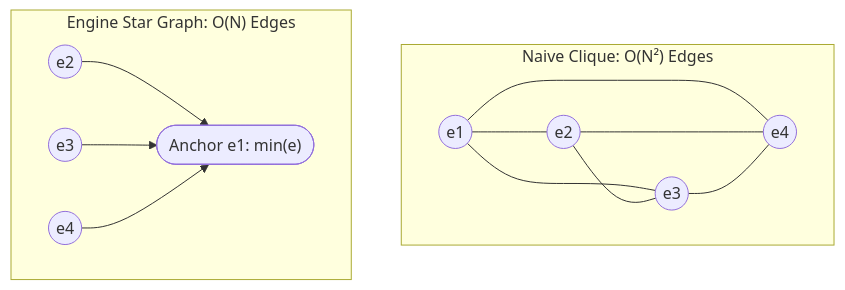
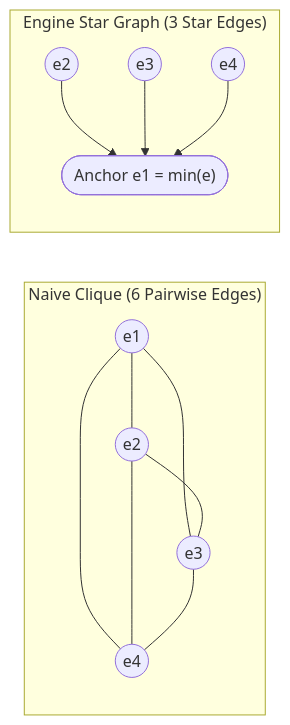
The second of 5 diagrams in docs/algorithm-and-graph-engine.md (anilkulkarni87/sql-identity-oss), drawn with Mermaid before and after one commit. The commit also changed other lines of this file and 8 other files, not shown here.

Commit message:
docs: add GA4 tag, fix math formulas rendering, and correct mermaid diagram syntax

````diff
--- a/docs/algorithm-and-graph-engine.md
+++ b/docs/algorithm-and-graph-engine.md
@@ -81,19 +91,17 @@
 ```mermaid
-flowchart TD
-    subgraph Pairwise["Naive Clique: O(N²) Edges"]
-        direction LR
-        P1((e1)) --- P2((e2))
-        P1 --- P3((e3))
-        P1 --- P4((e4))
+flowchart LR
+    subgraph Pairwise["Naive Clique (6 Pairwise Edges)"]
+        P1(("e1")) --- P2(("e2"))
+        P1 --- P3(("e3"))
+        P1 --- P4(("e4"))
         P2 --- P3
         P2 --- P4
         P3 --- P4
     end
 
-    subgraph Star["Engine Star Graph: O(N) Edges"]
-        direction LR
-        S2((e2)) --> S1(["Anchor e1: min(e)"])
-        S3((e3)) --> S1
-        S4((e4)) --> S1
+    subgraph Star["Engine Star Graph (3 Star Edges)"]
+        S2(("e2")) --> S1(["Anchor e1 = min(e)"])
+        S3(("e3")) --> S1
+        S4(("e4")) --> S1
     end
 ```
````
